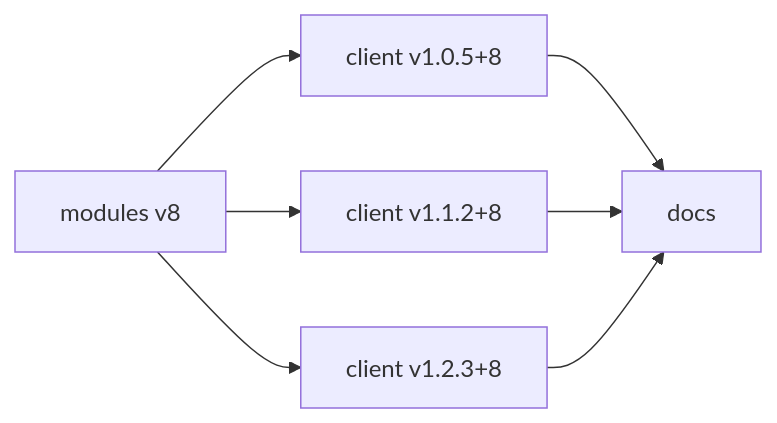
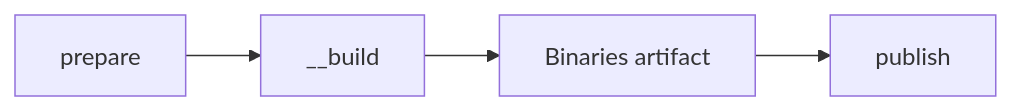
One commit to limanix/docs changed the diagram in docs/pages/releases/workflow.md. Above: the diagram before and after it, drawn with Mermaid. The commit also changed other lines of this file and 15 other files, not shown here.

````diff
--- a/docs/pages/releases/workflow.md
+++ b/docs/pages/releases/workflow.md
@@ -19,11 +62,8 @@
 ```mermaid
 flowchart LR
-    accTitle: A catalog release updates each supported client line
-    accDescr: Modules v8 triggers independent client releases in v1.0, v1.1, and v1.2. Each successful client release then notifies docs.
-    modules["modules v8"] --> a["client v1.0.5+8"]
-    modules --> b["client v1.1.2+8"]
-    modules --> c["client v1.2.3+8"]
-    a --> docs["docs"]
-    b --> docs
-    c --> docs
+    accTitle: The three jobs for one client release
+    accDescr: Prepare checks the source and chooses the release version. The shared build creates signed binaries. Publish downloads those binaries and creates the GitHub Release.
+    prepare["prepare"] --> build["__build"]
+    build --> artifact["Binaries artifact"]
+    artifact --> publish["publish"]
 ```
````
